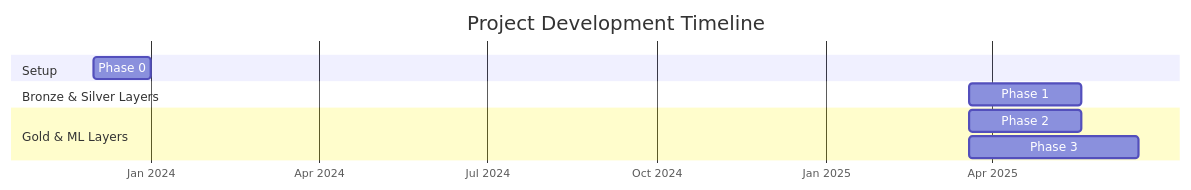
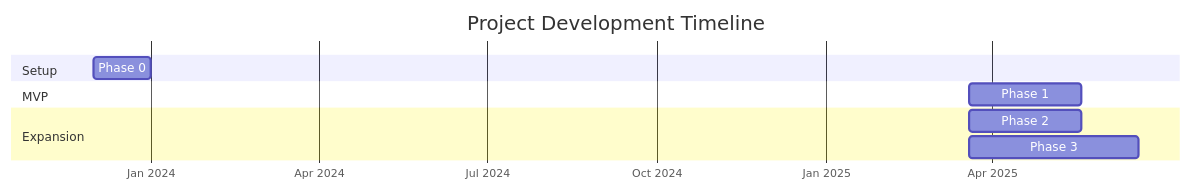
Before and after one commit to tim-mcdonnell/ncaa-prediction-model: the diagram in docs/architecture/development-phases.md, drawn with Mermaid. The commit also changed other lines of this file and 22 other files, not shown here.

````diff
--- a/docs/architecture/development-phases.md
+++ b/docs/architecture/development-phases.md
@@ -14,16 +12,16 @@
 ```mermaid
 gantt
     title Project Development Timeline
     dateFormat  YYYY-MM
     axisFormat %b %Y
 
     section Setup
-    Phase 0: Project Setup        :a0, 2023-12, 1M
+    Phase 0: Project Setup        :setup, 2023-12, 1M
 
-    section Bronze & Silver Layers
-    Phase 1: MVP Data Pipeline    :a1, after a0, 2M
+    section MVP
+    Phase 1: MVP Data Pipeline    :mvp, after setup, 2M
 
-    section Gold & ML Layers
-    Phase 2: Data Expansion       :a2, after a1, 2M
-    Phase 3: Full-Scale Analytics :a3, after a2, 3M
+    section Expansion
+    Phase 2: Enhanced Features    :expand, after mvp, 2M
+    Phase 3: Advanced Analytics   :advanced, after expand, 3M
 ```
````
